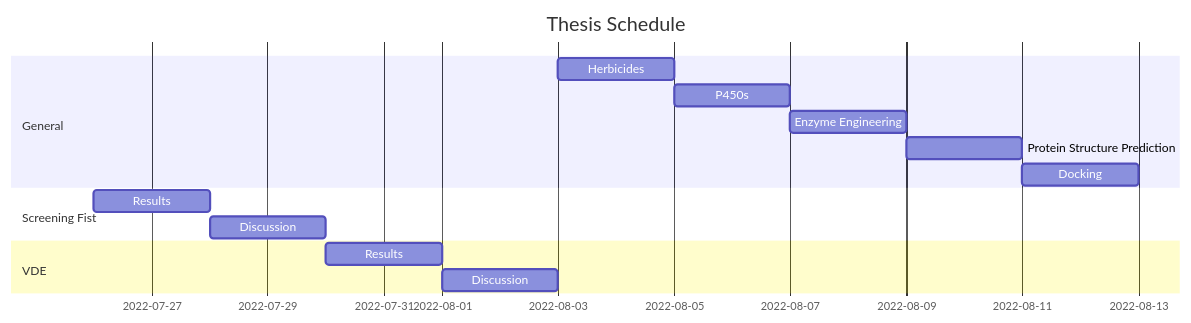
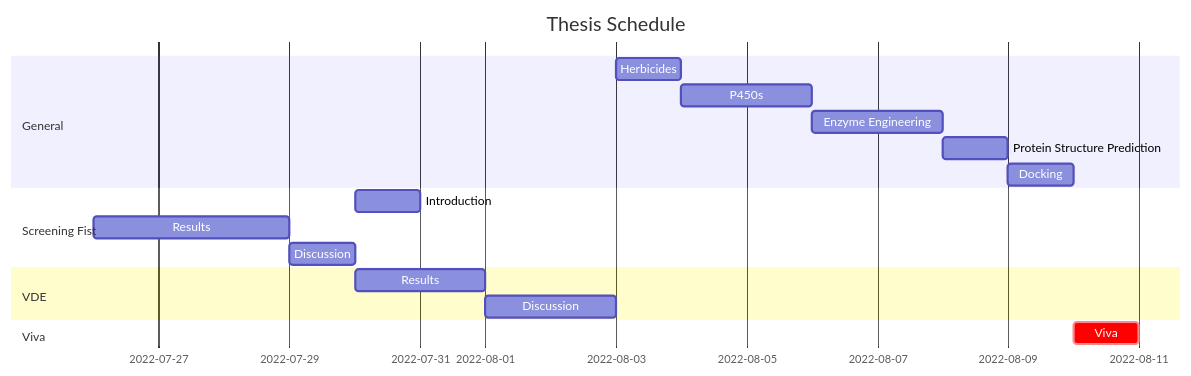
One commit to jamesengleback/thesis changed the diagram in docs/docs/index.md. Above: the diagram before and after it, drawn with Mermaid. The commit also changed 30 other files, not shown here.

````diff
--- a/docs/docs/index.md
+++ b/docs/docs/index.md
@@ -51,19 +51,22 @@
 ```mermaid
 gantt
         title Thesis Schedule
         %dateFormat YYYY-MM-DD
-        %%axisFormat %Y/%m/%d
-        %%axisFormat  %Y-%m-%d
+	%axisFormat  %Y-%m-%d
+
 	section General
-	Herbicides 			: g1, after v2, 2d
+	Herbicides 			: g1, after v2, 1d
 	P450s   			: g2, after g1, 2d
 	Enzyme Engineering 		: g3, after g2, 2d
-	Protein Structure Prediction 	: g4, after g3, 2d
-	Docking 		 	: g5, after g4, 2d
+	Protein Structure Prediction 	: g4, after g3, 1d
+	Docking 		 	: g5, after g4, 1d
 	section Screening Fist
-	Results 			: s1, 2022-07-26, 2d
-	Discussion 			: s2, after s1, 2d
+	Introduction 			: s1, after s3, 1d
+	Results 			: s2, 2022-07-26, 3d
+	Discussion 			: s3, after s2, 1d
 	section VDE
-	Results 			: v1, after s2, 2d
+	Results 			: v1, after s3, 2d
 	Discussion 			: v2, after v1, 2d
+	section Viva
+	Viva 				:crit, q1, 2022-08-10, 1d
 ```
````
